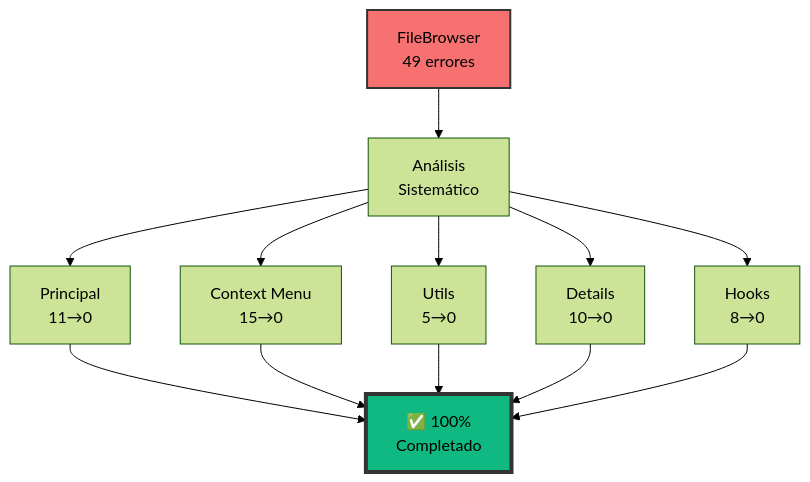
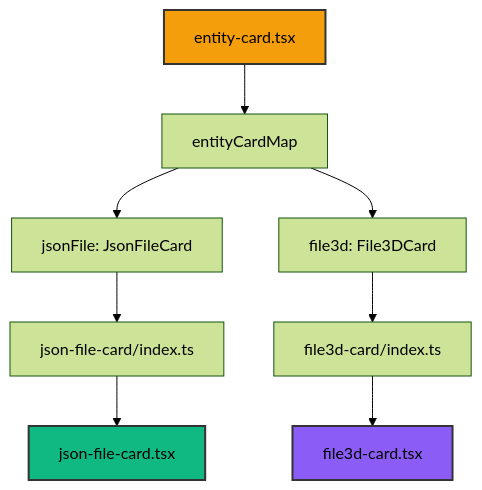
One commit to gvastethecreator/media-manager changed the second of 2 diagrams in CURRENT-TASK.md. Above: the diagram before and after it, drawn with Mermaid (forest theme). The commit also changed other lines of this file and 44 other files, not shown here.

````diff
--- a/CURRENT-TASK.md
+++ b/CURRENT-TASK.md
@@ -60,18 +157,14 @@
 ```mermaid
 graph TD
-    A[FileBrowser<br/>49 errores] --> B[Análisis<br/>Sistemático]
-    B --> C[Principal<br/>11→0]
-    B --> D[Context Menu<br/>15→0]
-    B --> E[Utils<br/>5→0]
-    B --> F[Details<br/>10→0]
-    B --> G[Hooks<br/>8→0]
+    A[entity-card.tsx] --> B[entityCardMap]
+    B --> C[jsonFile: JsonFileCard]
+    B --> D[file3d: File3DCard]
+    C --> E[json-file-card/index.ts]
+    E --> F[json-file-card.tsx]
+    D --> G[file3d-card/index.ts]
+    G --> H[file3d-card.tsx]
 
-    C --> H[✅ 100%<br/>Completado]
-    D --> H
-    E --> H
-    F --> H
-    G --> H
-
-    style A fill:#f87171,stroke:#333,stroke-width:2px
-    style H fill:#10b981,stroke:#333,stroke-width:4px
+    style F fill:#10b981,stroke:#333,stroke-width:2px
+    style H fill:#8b5cf6,stroke:#333,stroke-width:2px
+    style A fill:#f59e0b,stroke:#333,stroke-width:2px
 ```
````
